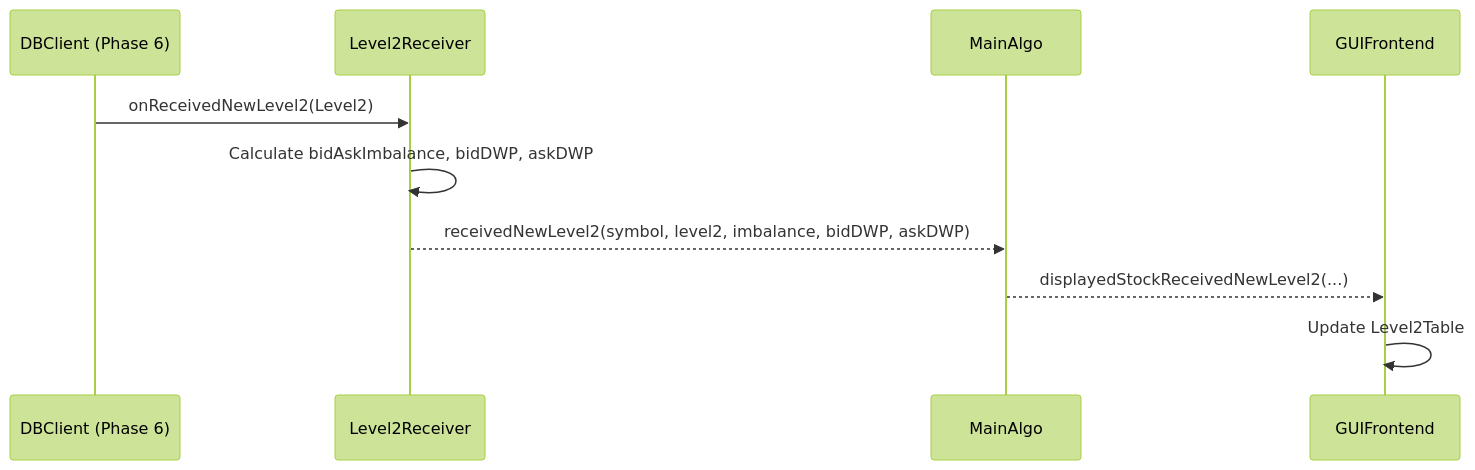
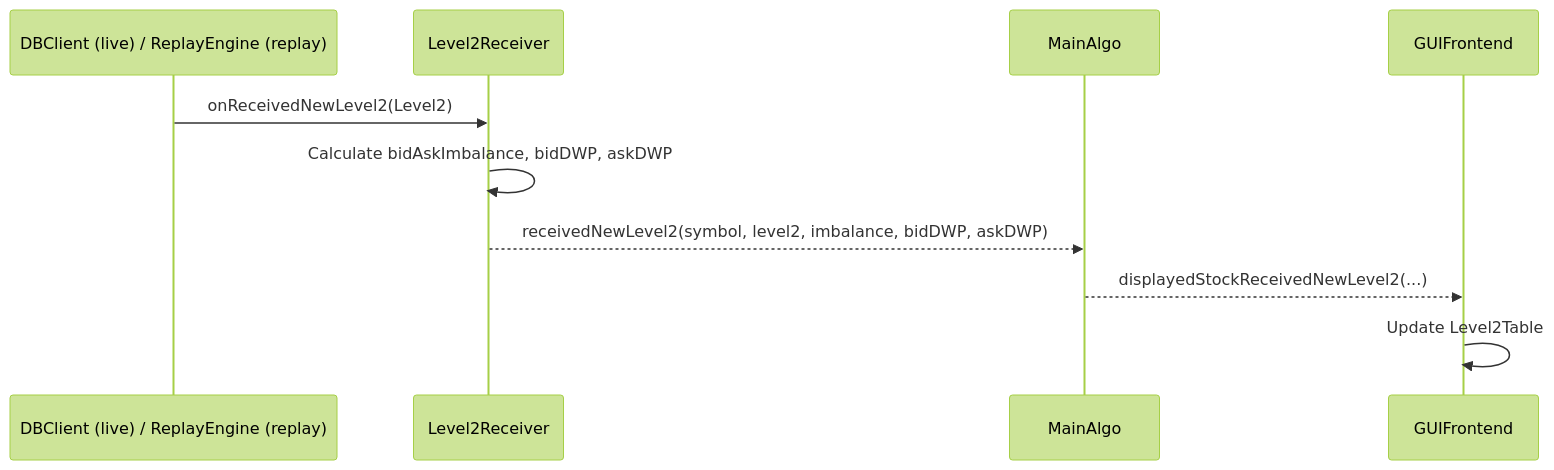
Before and after one commit to simonbeaudoin0935/OpenTraderPlatform: the first of 3 diagrams in Src/Algo/AGENTS.md, drawn with Mermaid (forest theme). The commit also changed other lines of this file and 5 other files, not shown here.

````diff
--- a/Src/Algo/AGENTS.md
+++ b/Src/Algo/AGENTS.md
@@ -377,13 +384,13 @@
 ```mermaid
 sequenceDiagram
-    participant DBClient as DBClient (Phase 6)
+    participant DBClient as DBClient (live) / ReplayEngine (replay)
     participant L2R as Level2Receiver
     participant MainAlgo
     participant Frontend as GUIFrontend
 
     DBClient->>L2R: onReceivedNewLevel2(Level2)
     L2R->>L2R: Calculate bidAskImbalance, bidDWP, askDWP
     L2R-->>MainAlgo: receivedNewLevel2(symbol, level2, imbalance, bidDWP, askDWP)
     MainAlgo-->>Frontend: displayedStockReceivedNewLevel2(...)
     Frontend->>Frontend: Update Level2Table
 ```
````
